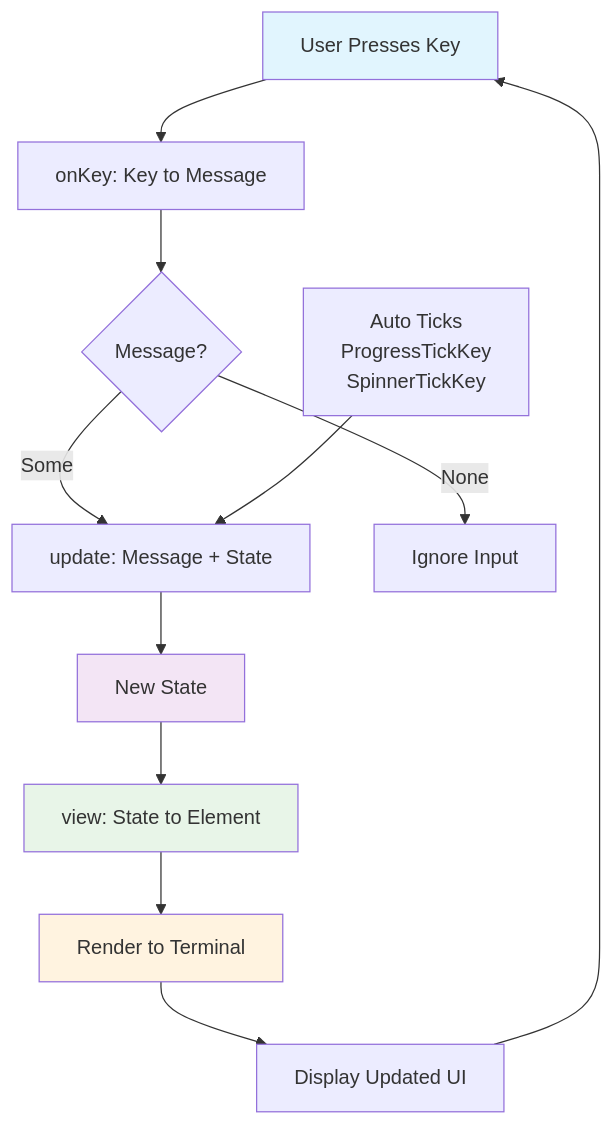
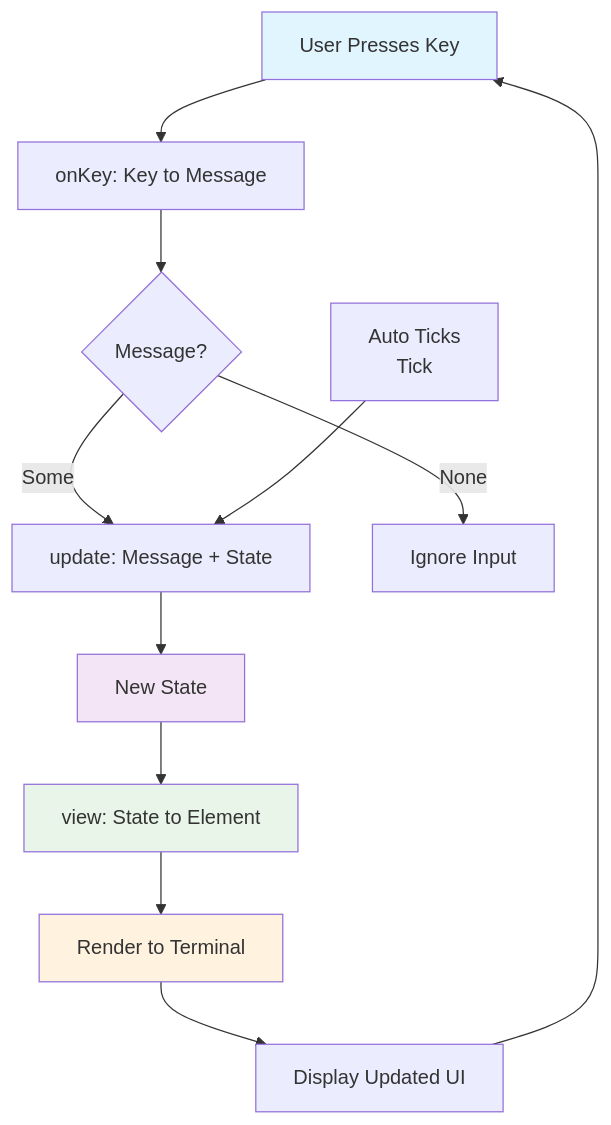
One commit to mattlianje/layoutz changed the diagram in README.md. Above: the diagram before and after it, drawn with Mermaid. The commit also changed other lines of this file and 8 other files, not shown here.

````diff
--- a/README.md
+++ b/README.md
@@ -641,19 +630,19 @@
 ```mermaid
 graph TD
     A["User Presses Key"] --> B["onKey: Key to Message"]
     B --> C{Message?}
     C -->|Some| D["update: Message + State"]
     C -->|None| E["Ignore Input"]
     D --> F["New State"]
     F --> G["view: State to Element"]
     G --> H["Render to Terminal"]
     H --> I["Display Updated UI"]
     I --> A
     
-    J["Auto Ticks<br/>ProgressTickKey<br/>SpinnerTickKey"] --> D
+    J["Auto Ticks<br/>Tick"] --> D
     
     style A fill:#e1f5fe
     style F fill:#f3e5f5
     style G fill:#e8f5e8
     style H fill:#fff3e0
 ```
````
